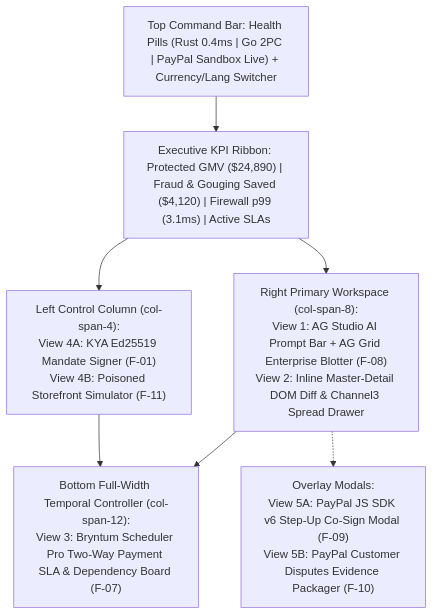
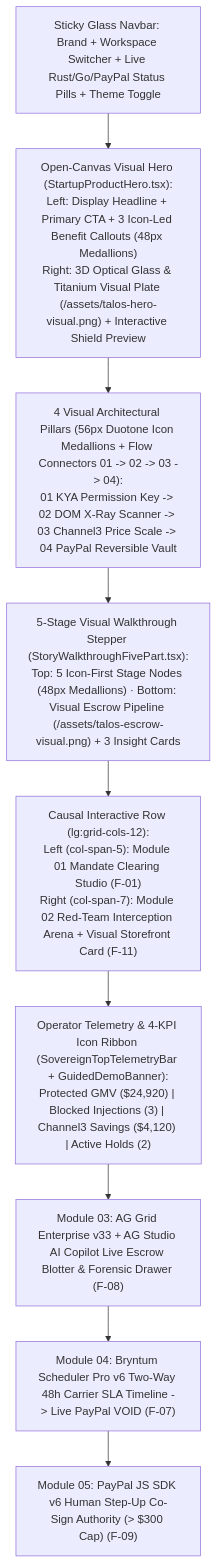
Before and after one commit to sruj08/Talos: the diagram in docs/02-design/UI_SPEC.md, drawn with Mermaid. The commit also changed other lines of this file and 112 other files, not shown here.

````diff
--- a/docs/02-design/UI_SPEC.md
+++ b/docs/02-design/UI_SPEC.md
@@ -16,16 +21,14 @@
 ```mermaid
 flowchart TB
-    HDR["Top Command Bar: Health Pills (Rust 0.4ms | Go 2PC | PayPal Sandbox Live) + Currency/Lang Switcher"]
-    KPI["Executive KPI Ribbon: Protected GMV ($24,890) | Fraud & Gouging Saved ($4,120) | Firewall p99 (3.1ms) | Active SLAs"]
-    LEFT["Left Control Column (col-span-4):<br/>View 4A: KYA Ed25519 Mandate Signer (F-01)<br/>View 4B: Poisoned Storefront Simulator (F-11)"]
-    RIGHT["Right Primary Workspace (col-span-8):<br/>View 1: AG Studio AI Prompt Bar + AG Grid Enterprise Blotter (F-08)<br/>View 2: Inline Master-Detail DOM Diff & Channel3 Spread Drawer"]
-    BOT["Bottom Full-Width Temporal Controller (col-span-12):<br/>View 3: Bryntum Scheduler Pro Two-Way Payment SLA & Dependency Board (F-07)"]
-    MOD["Overlay Modals:<br/>View 5A: PayPal JS SDK v6 Step-Up Co-Sign Modal (F-09)<br/>View 5B: PayPal Customer Disputes Evidence Packager (F-10)"]
+    NAV["Sticky Glass Navbar: Brand + Workspace Switcher + Live Rust/Go/PayPal Status Pills + Theme Toggle"]
+    HERO["Open-Canvas Visual Hero (StartupProductHero.tsx):<br/>Left: Display Headline + Primary CTA + 3 Icon-Led Benefit Callouts (48px Medallions)<br/>Right: 3D Optical Glass & Titanium Visual Plate (/assets/talos-hero-visual.png) + Interactive Shield Preview"]
+    PILLARS["4 Visual Architectural Pillars (56px Duotone Icon Medallions + Flow Connectors 01 -> 02 -> 03 -> 04):<br/>01 KYA Permission Key -> 02 DOM X-Ray Scanner -> 03 Channel3 Price Scale -> 04 PayPal Reversible Vault"]
+    STORY["5-Stage Visual Walkthrough Stepper (StoryWalkthroughFivePart.tsx):<br/>Top: 5 Icon-First Stage Nodes (48px Medallions) · Bottom: Visual Escrow Pipeline (/assets/talos-escrow-visual.png) + 3 Insight Cards"]
+    ROW1["Causal Interactive Row (lg:grid-cols-12):<br/>Left (col-span-5): Module 01 Mandate Clearing Studio (F-01)<br/>Right (col-span-7): Module 02 Red-Team Interception Arena + Visual Storefront Card (F-11)"]
+    KPI["Operator Telemetry & 4-KPI Icon Ribbon (SovereignTopTelemetryBar + GuidedDemoBanner):<br/>Protected GMV ($24,920) | Blocked Injections (3) | Channel3 Savings ($4,120) | Active Holds (2)"]
+    BLOTTER["Module 03: AG Grid Enterprise v33 + AG Studio AI Copilot Live Escrow Blotter & Forensic Drawer (F-08)"]
+    SLA["Module 04: Bryntum Scheduler Pro v6 Two-Way 48h Carrier SLA Timeline -> Live PayPal VOID (F-07)"]
+    STEPUP["Module 05: PayPal JS SDK v6 Human Step-Up Co-Sign Authority (> $300 Cap) (F-09)"]
 
-    HDR --> KPI
-    KPI --> LEFT
-    KPI --> RIGHT
-    LEFT --> BOT
-    RIGHT --> BOT
-    RIGHT -.-> MOD
+    NAV --> HERO --> PILLARS --> STORY --> ROW1 --> KPI --> BLOTTER --> SLA --> STEPUP
 ```
````
